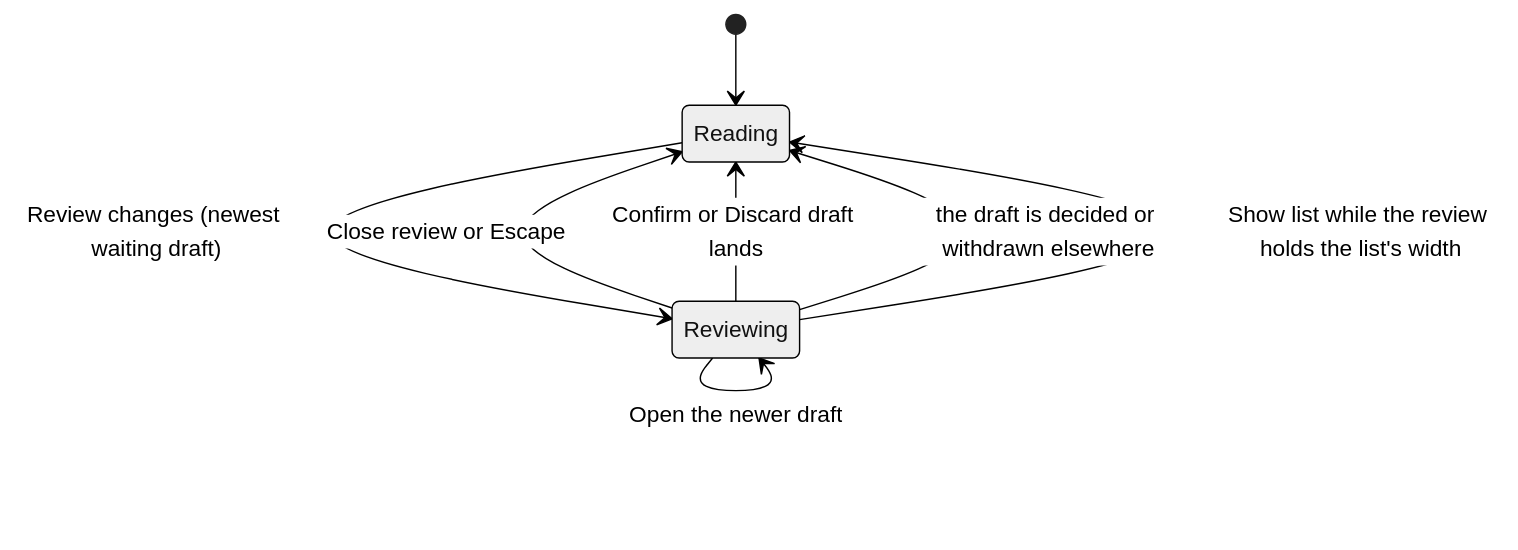
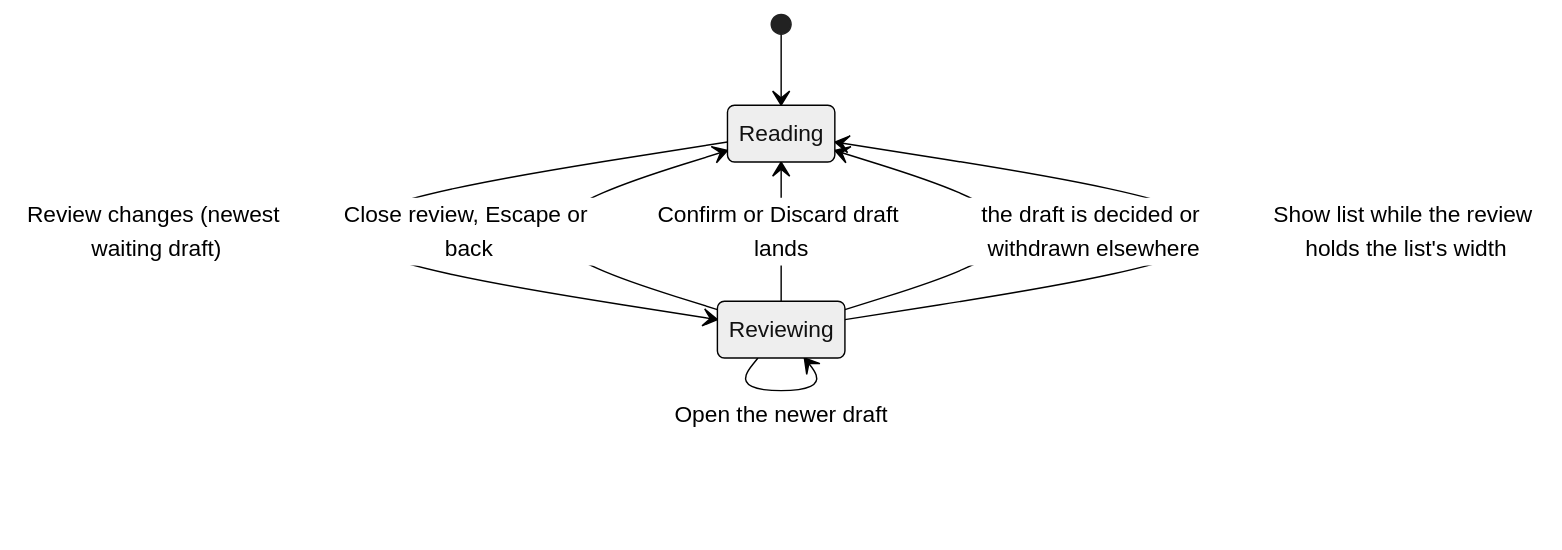
Before and after one commit to matthiasn/lotti: the seventh of 7 diagrams in knowledge/features/documents.md, drawn with Mermaid (neutral theme). The commit also changed other lines of this file and 34 other files, not shown here.

````diff
--- a/knowledge/features/documents.md
+++ b/knowledge/features/documents.md
@@ -603,10 +627,10 @@
 ```mermaid
 stateDiagram-v2
   [*] --> Reading
   Reading --> Reviewing: Review changes (newest waiting draft)
   Reviewing --> Reviewing: Open the newer draft
-  Reviewing --> Reading: Close review or Escape
+  Reviewing --> Reading: Close review, Escape or back
   Reviewing --> Reading: Confirm or Discard draft lands
   Reviewing --> Reading: the draft is decided or withdrawn elsewhere
   Reviewing --> Reading: Show list while the review holds the list's width
 ```
````
